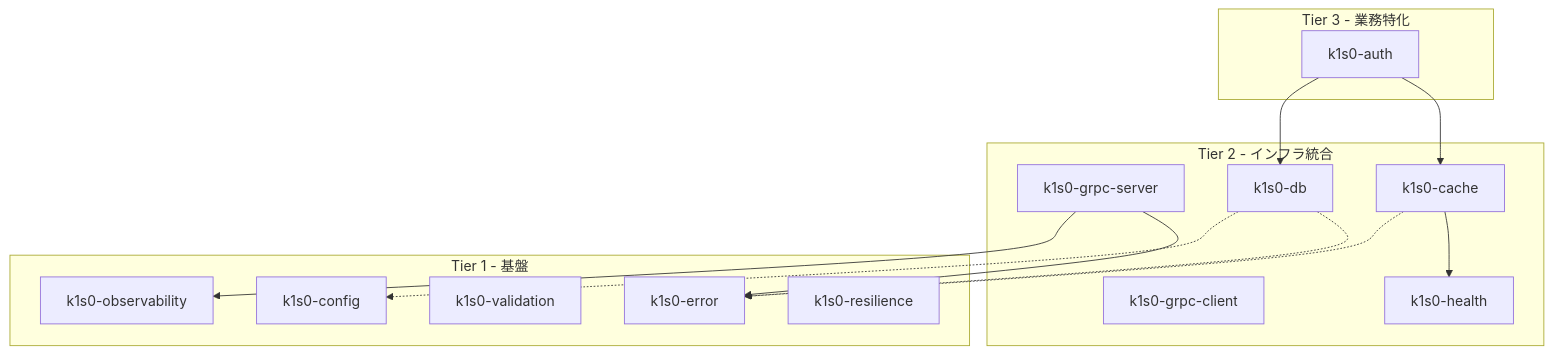
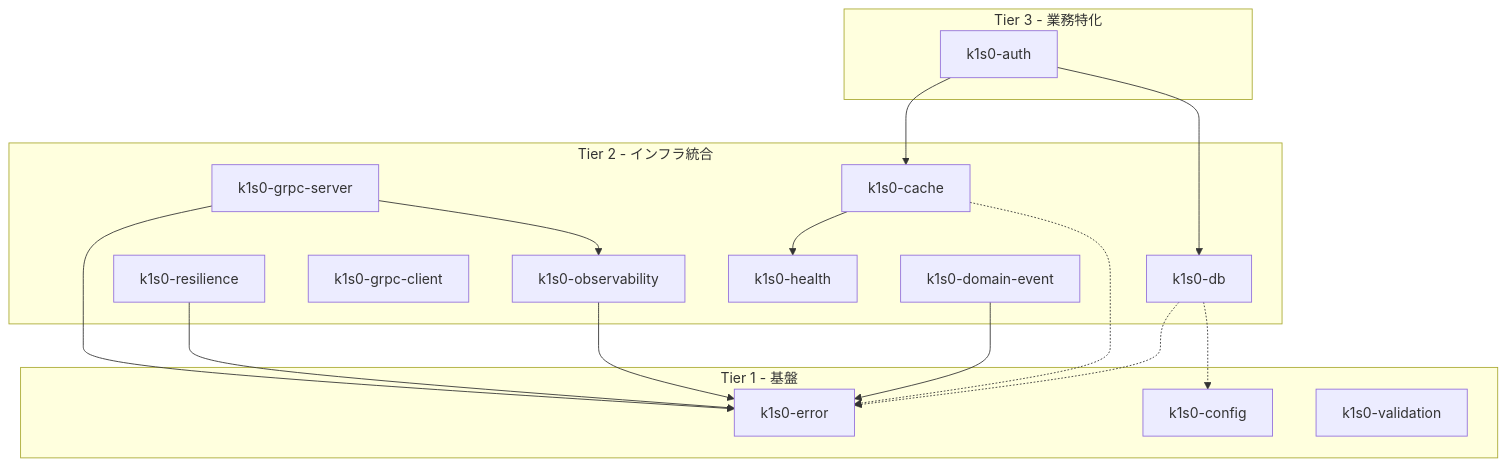
One commit to RyuheiKiso/k1s0 changed the diagram in docs/architecture/tier-system.md. Above: the diagram before and after it, drawn with Mermaid. The commit also changed other lines of this file and 32 other files, not shown here.

````diff
--- a/docs/architecture/tier-system.md
+++ b/docs/architecture/tier-system.md
@@ -9,33 +9,37 @@
 ```mermaid
 graph TB
     subgraph "Tier 3 - 業務特化"
         T3_AUTH[k1s0-auth]
     end
 
     subgraph "Tier 2 - インフラ統合"
+        T2_OBS[k1s0-observability]
+        T2_RESIL[k1s0-resilience]
         T2_GRPC_S[k1s0-grpc-server]
         T2_GRPC_C[k1s0-grpc-client]
         T2_HEALTH[k1s0-health]
         T2_DB[k1s0-db]
         T2_CACHE[k1s0-cache]
+        T2_DEVENT[k1s0-domain-event]
     end
 
     subgraph "Tier 1 - 基盤"
         T1_ERROR[k1s0-error]
         T1_CONFIG[k1s0-config]
         T1_VALID[k1s0-validation]
-        T1_OBS[k1s0-observability]
-        T1_RESIL[k1s0-resilience]
     end
 
     T3_AUTH --> T2_CACHE
     T3_AUTH --> T2_DB
 
     T2_GRPC_S --> T1_ERROR
-    T2_GRPC_S --> T1_OBS
+    T2_GRPC_S --> T2_OBS
     T2_CACHE --> T2_HEALTH
+    T2_OBS --> T1_ERROR
+    T2_RESIL --> T1_ERROR
+    T2_DEVENT --> T1_ERROR
 
     T2_DB -.-> T1_ERROR
     T2_DB -.-> T1_CONFIG
     T2_CACHE -.-> T1_ERROR
 ```
````
